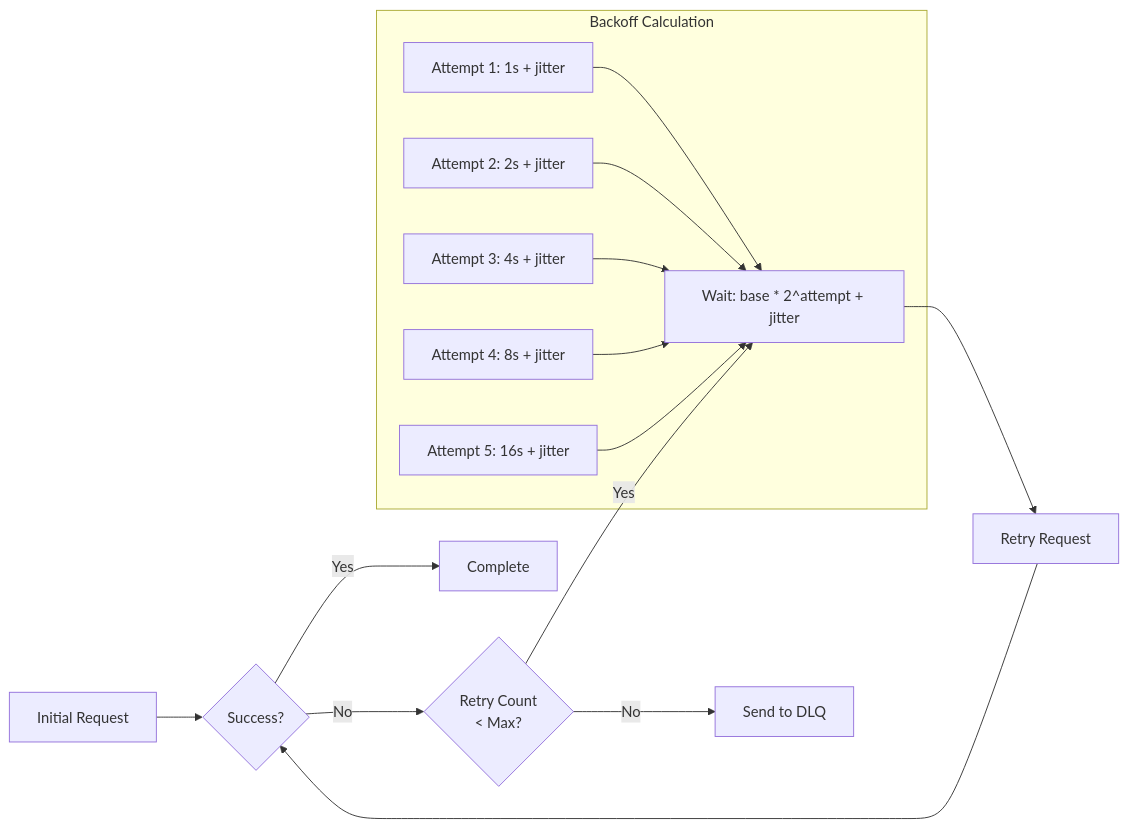
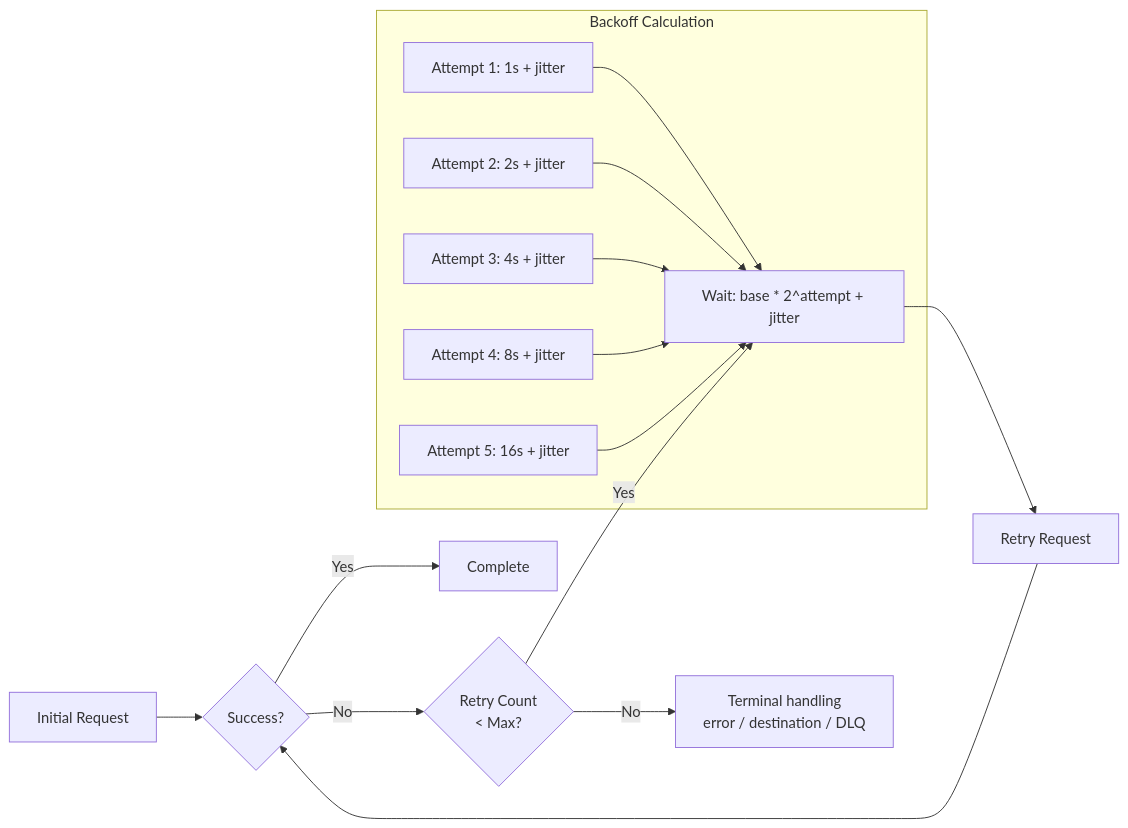
Before and after one commit to AlexanderBesss/AWS_best_praactices: the first of 7 diagrams in Design/03-error-handling-patterns.md, drawn with Mermaid. The commit also changed other lines of this file and 31 other files, not shown here.

````diff
--- a/Design/03-error-handling-patterns.md
+++ b/Design/03-error-handling-patterns.md
@@ -45,18 +46,18 @@
 ```mermaid
 graph LR
     A[Initial Request] --> B{Success?}
     B -->|Yes| C[Complete]
     B -->|No| D{Retry Count<br/>< Max?}
-    D -->|No| E[Send to DLQ]
+    D -->|No| E[Terminal handling<br/>error / destination / DLQ]
     D -->|Yes| F[Wait: base * 2^attempt + jitter]
     F --> G[Retry Request]
     G --> B
     
     subgraph "Backoff Calculation"
         H[Attempt 1: 1s + jitter] --> F
         I[Attempt 2: 2s + jitter] --> F
         J[Attempt 3: 4s + jitter] --> F
         K[Attempt 4: 8s + jitter] --> F
         L[Attempt 5: 16s + jitter] --> F
     end
 ```
````
